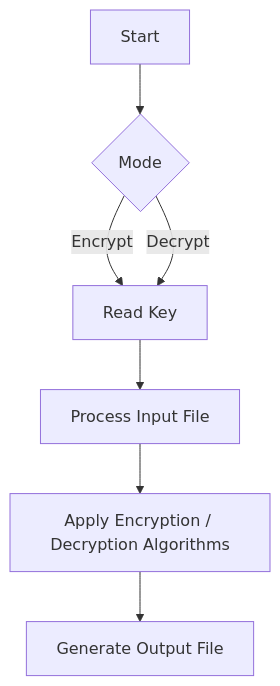
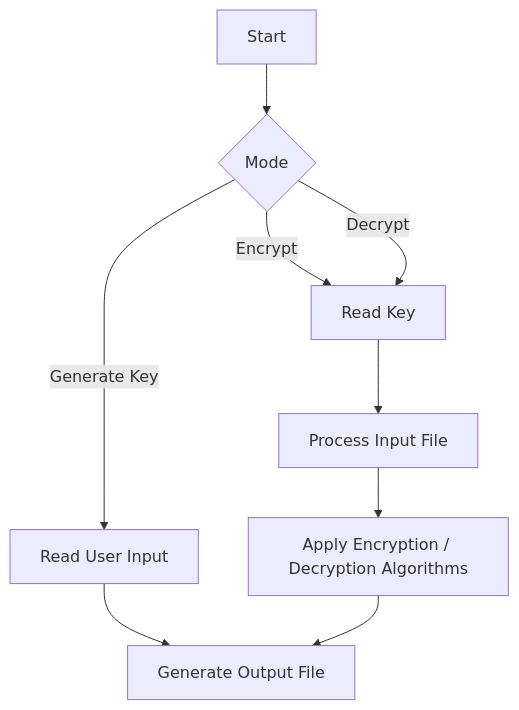
The diagram in README.md (NaBrHCl/security-final-project), drawn with Mermaid before and after one commit.

Commit message:
Update program flowchart

````diff
--- a/README.md
+++ b/README.md
@@ -7,9 +7,11 @@
 ```mermaid
 flowchart TB
 A[Start] --> B{Mode}
 B -->|Encrypt| C[Read Key]
 B -->|Decrypt| C
-C --> D[Process Input File]
-D --> E[Apply Encryption / Decryption Algorithms]
-E --> F[Generate Output File]
+B -->|Generate Key| D[Read User Input]
+C --> E[Process Input File]
+E --> F[Apply Encryption / Decryption Algorithms]
+D --> G[Generate Output File]
+F --> G
 ```
````
